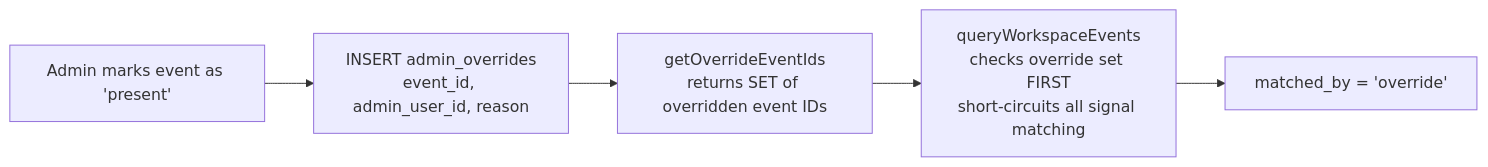
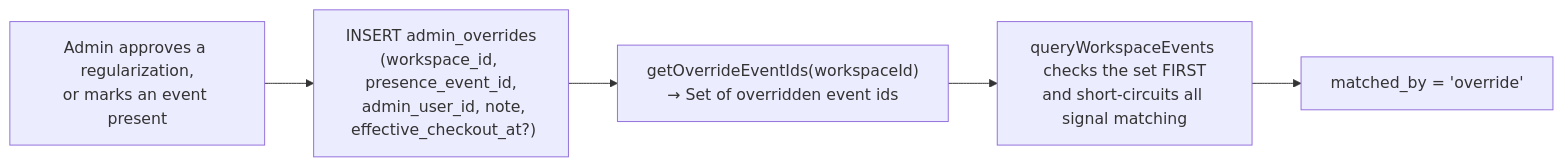
One commit to ksharma20/checkmark changed the third of 4 diagrams in docs/architecture/signal-matching.md. Above: the diagram before and after it, drawn with Mermaid. The commit also changed other lines of this file and 296 other files, not shown here.

````diff
--- a/docs/architecture/signal-matching.md
+++ b/docs/architecture/signal-matching.md
@@ -164,7 +247,7 @@
 ```mermaid
 flowchart LR
-  A[Admin marks event as 'present'] --> B[INSERT admin_overrides\nevent_id, admin_user_id, reason]
-  B --> C[getOverrideEventIds\nreturns SET of overridden event IDs]
-  C --> D[queryWorkspaceEvents\nchecks override set FIRST\nshort-circuits all signal matching]
-  D --> E[matched_by = 'override']
+  A["Admin approves a regularization,\nor marks an event present"] --> B["INSERT admin_overrides\n(workspace_id, presence_event_id,\n admin_user_id, note,\n effective_checkout_at?)"]
+  B --> C["getOverrideEventIds(workspaceId)\n→ Set of overridden event ids"]
+  C --> D["queryWorkspaceEvents checks the set FIRST\nand short-circuits all signal matching"]
+  D --> E["matched_by = 'override'"]
 ```
````
